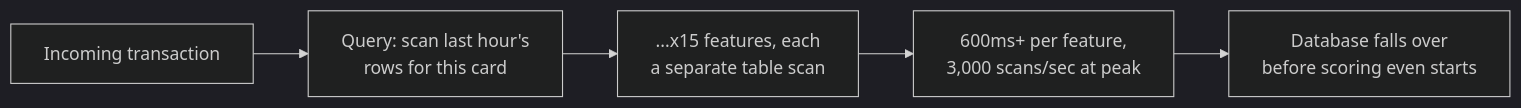
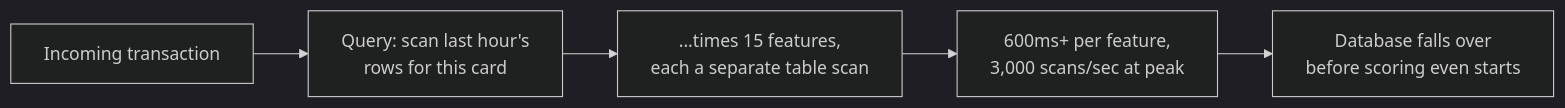
One commit to riyaz-pasha/Learnings changed the second of 14 diagrams in system-design/HLD/0-course/56-Design-a-Fraud-Detection-System-FAANG-Guide-story.md. Above: the diagram before and after it, drawn with Mermaid (dark theme). The commit also changed other lines of this file and 1 other file, not shown here.

Commit message:
[REWRITE] Fraud Detection System story guide: simplify prose, add structure, fix diagrams

````diff
--- a/system-design/HLD/0-course/56-Design-a-Fraud-Detection-System-FAANG-Guide-story.md
+++ b/system-design/HLD/0-course/56-Design-a-Fraud-Detection-System-FAANG-Guide-story.md
@@ -50,7 +127,7 @@
 ```mermaid
 flowchart LR
-    A["Incoming transaction"] --> B["Query: scan last hour's\nrows for this card"]
-    B --> C["...x15 features, each\na separate table scan"]
-    C --> D["600ms+ per feature,\n3,000 scans/sec at peak"]
-    D --> X["Database falls over\nbefore scoring even starts"]
+    A["Incoming transaction"] --> B["Query: scan last hour's<br/>rows for this card"]
+    B --> C["...times 15 features,<br/>each a separate table scan"]
+    C --> D["600ms+ per feature,<br/>3,000 scans/sec at peak"]
+    D --> X["Database falls over<br/>before scoring even starts"]
 ```
````
